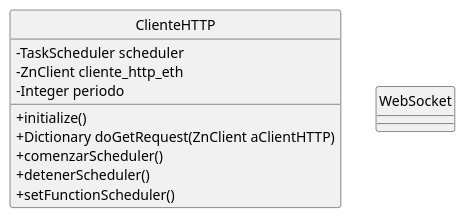
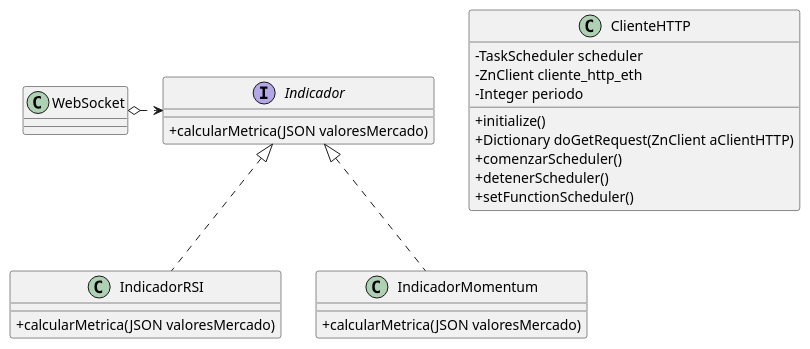
Before and after one commit to juanchula/TP2-Paradigma-2021: the diagram in doc/diag_clases.puml, drawn with PlantUML. The commit also changed 6 other files, not shown here.

```diff
--- a/doc/diag_clases.puml
+++ b/doc/diag_clases.puml
@@ -3,43 +3,61 @@
 @startuml Server
 
-hide circle
+'hide circle
 skinparam ClassAttributeIconSize 0
 
 class ClienteHTTP {
     - TaskScheduler scheduler 
     - ZnClient cliente_http_eth 
     - Integer periodo
 
     + initialize()
     + Dictionary doGetRequest(ZnClient aClientHTTP)
     + comenzarScheduler()
     + detenerScheduler()
     + setFunctionScheduler()
 }
 
 class WebSocket {
 
 }
 
+interface Indicador {
+
+    + calcularMetrica(JSON valoresMercado)
+}
+
+class IndicadorRSI {
+
+    + calcularMetrica(JSON valoresMercado)
+}
+
+class IndicadorMomentum {
+
+    + calcularMetrica(JSON valoresMercado)
+}
+
+WebSocket o.> Indicador
+Indicador <|.. IndicadorRSI
+Indicador <|.. IndicadorMomentum
 
 'class Cliente{
 '    - socket sock_client
 '    - String ip_addr
 '    - int port
 
 '    + run()
 '    + crear_socket_client(String ip_addr, int port): socket
 '    + enviar_mediciones(socket sock, Dict msj)
 '}
 
 
 
 'class Thread
 'class Semaphore
 'Thread <|-- Cliente
 'Semaphore "2" - "1" Cliente : sem_cliente \nsock_ocupado
 'Semaphore "2" -- "1" Main_c : sem_cliente \nsock_ocupado
 'Cliente <.. Main_c
 'Main_c ..> Base_de_datos
 
 @enduml
```
